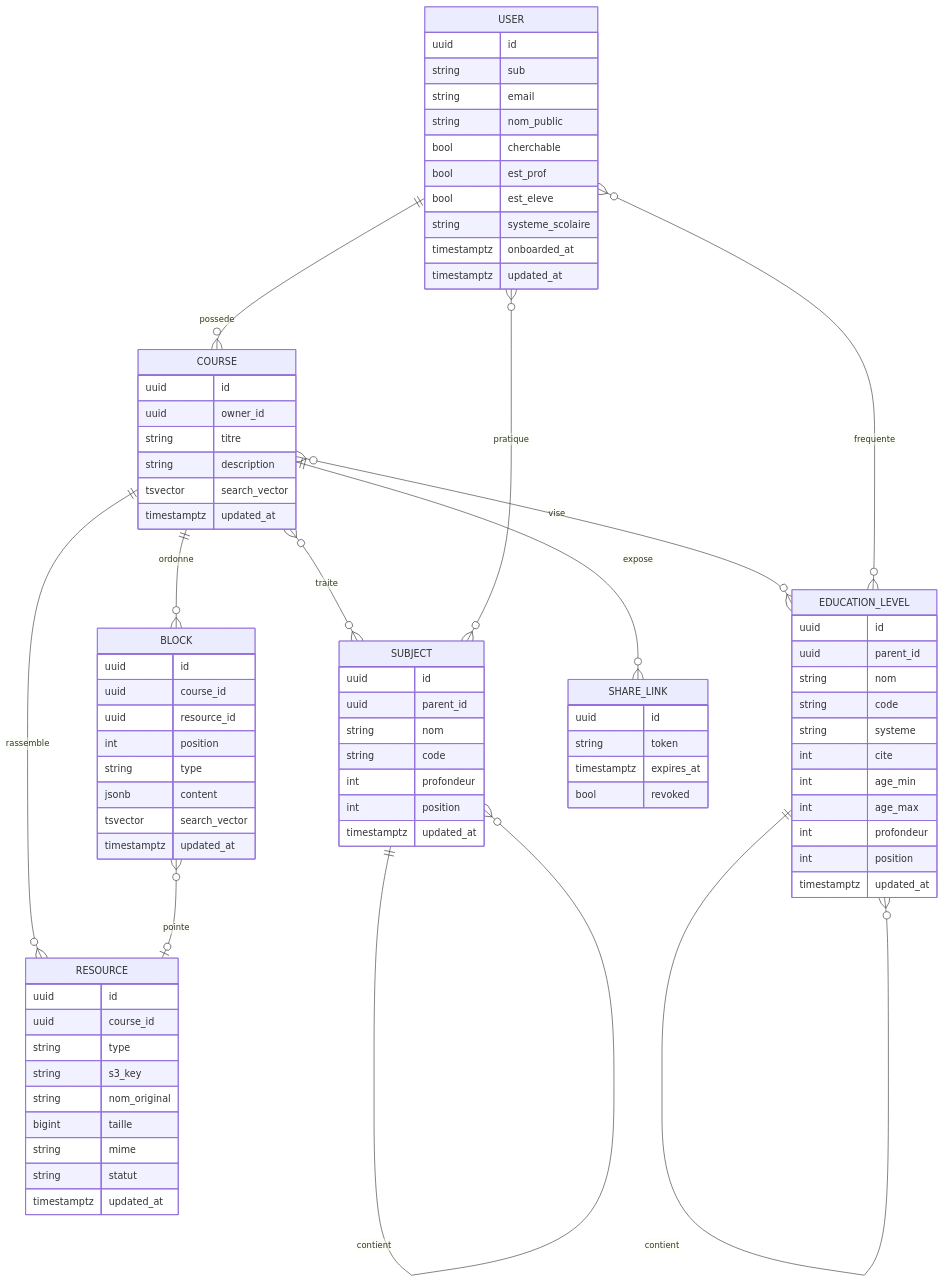
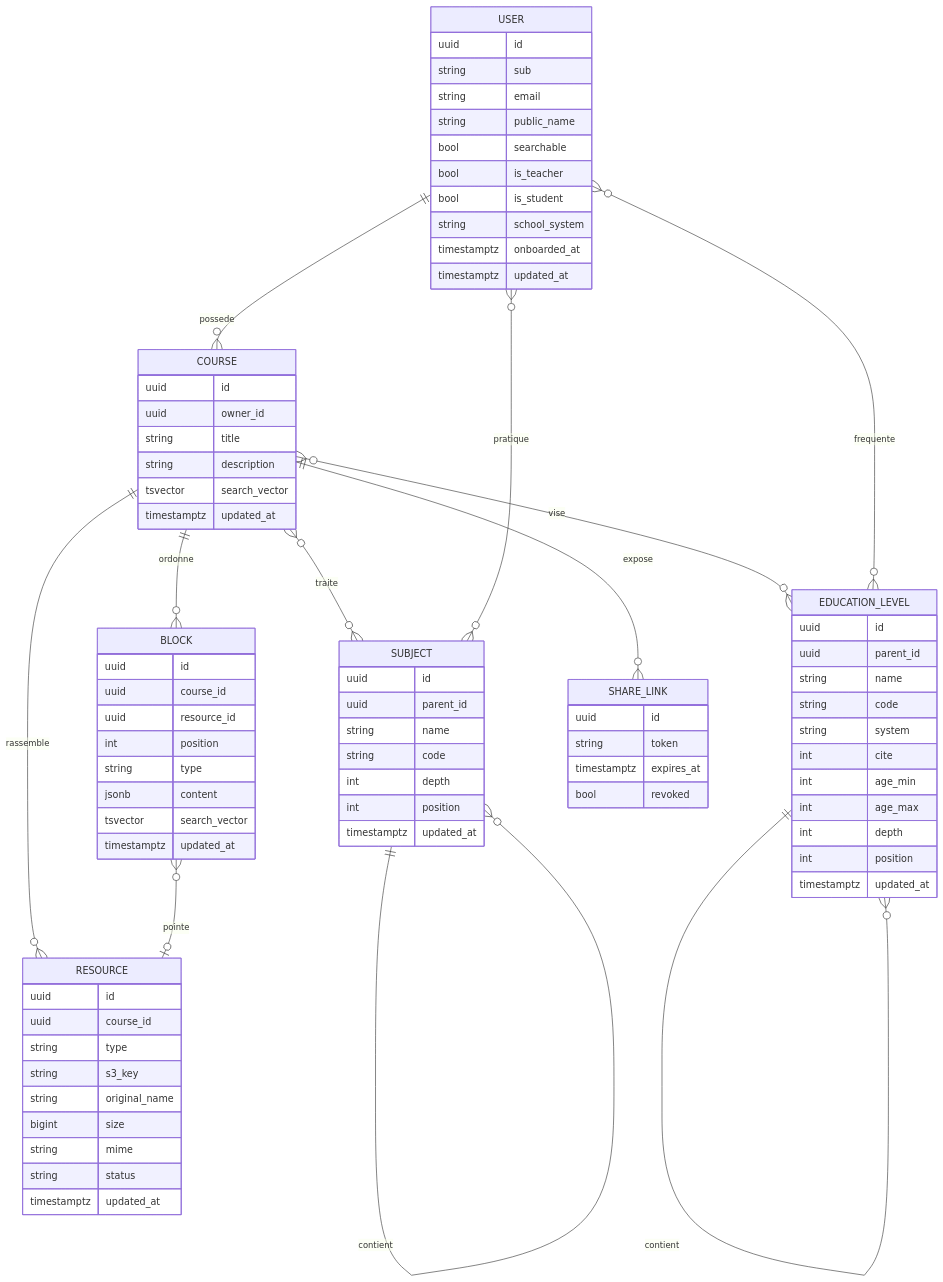
One commit to flobatard/OpenCartableBack changed the second of 2 diagrams in Descriptions.md. Above: the diagram before and after it, drawn with Mermaid. The commit also changed other lines of this file and 57 other files, not shown here.

```diff
--- a/Descriptions.md
+++ b/Descriptions.md
@@ -182,40 +182,40 @@
       uuid id
       string sub
       string email
-      string nom_public
-      bool cherchable
-      bool est_prof
-      bool est_eleve
-      string systeme_scolaire
+      string public_name
+      bool searchable
+      bool is_teacher
+      bool is_student
+      string school_system
       timestamptz onboarded_at
       timestamptz updated_at
     }
     SUBJECT {
       uuid id
       uuid parent_id
-      string nom
+      string name
       string code
-      int profondeur
+      int depth
       int position
       timestamptz updated_at
     }
     EDUCATION_LEVEL {
       uuid id
       uuid parent_id
-      string nom
+      string name
       string code
-      string systeme
+      string system
       int cite
       int age_min
       int age_max
-      int profondeur
+      int depth
       int position
       timestamptz updated_at
     }
     COURSE {
       uuid id
       uuid owner_id
-      string titre
+      string title
       string description
       tsvector search_vector
       timestamptz updated_at
@@ -235,10 +235,10 @@
       uuid course_id
       string type
       string s3_key
-      string nom_original
-      bigint taille
+      string original_name
+      bigint size
       string mime
-      string statut
+      string status
       timestamptz updated_at
     }
     SHARE_LINK {
```
